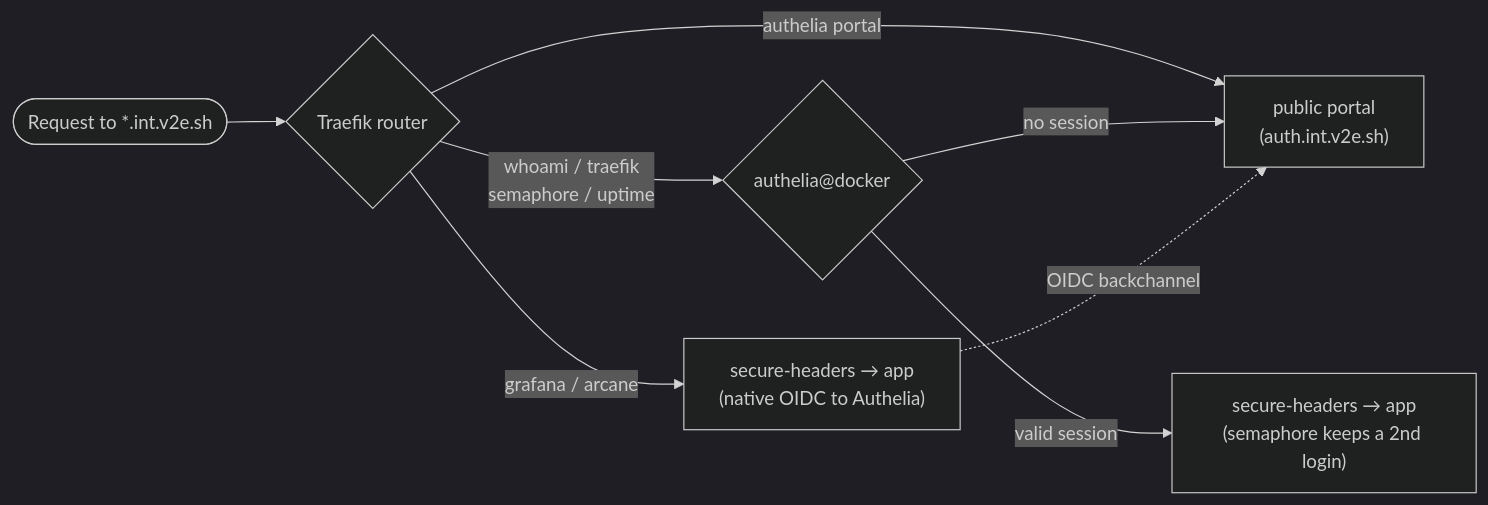
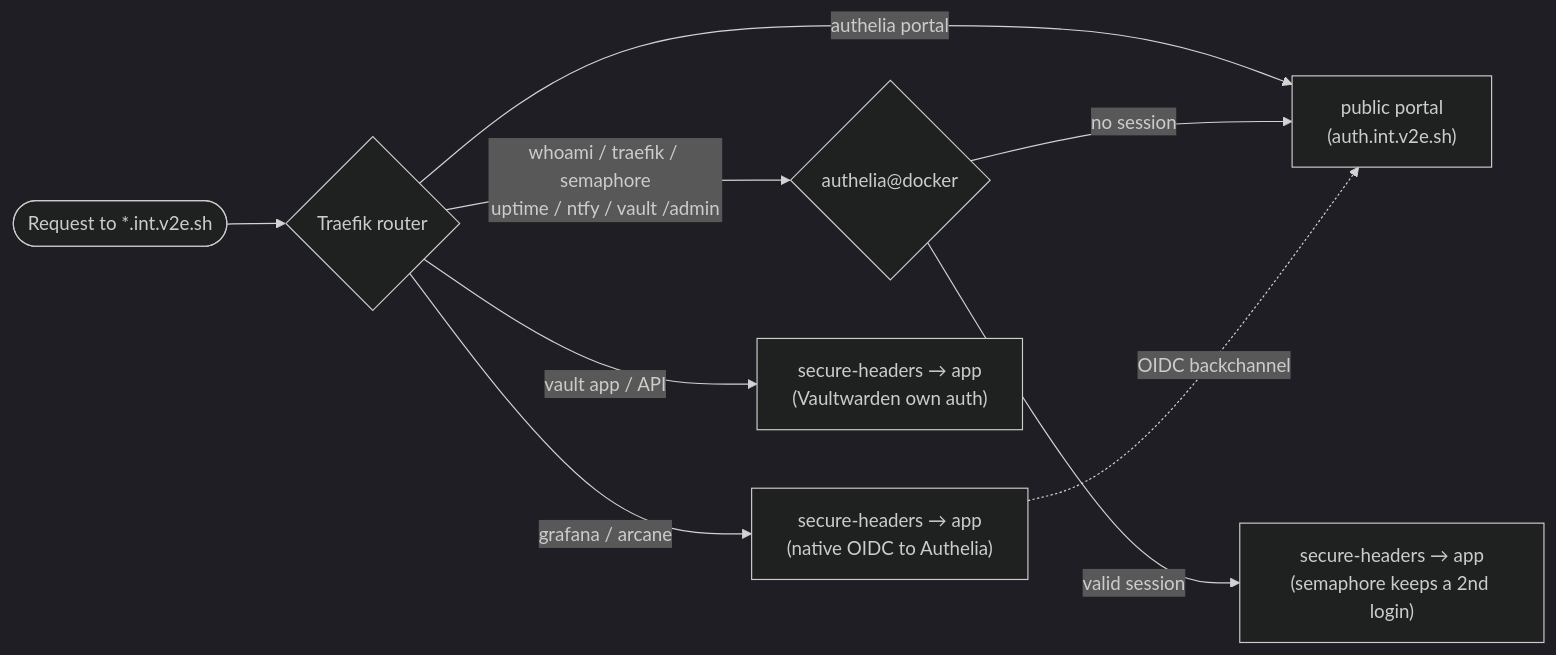
Before and after one commit to v2e-sh/v2e-docs: the second of 2 diagrams in docs/system/applications.md, drawn with Mermaid (dark theme). The commit also changed other lines of this file and 7 other files, not shown here.

Commit message:
docs: reconcile with current code (ntfy, vaultwarden, dashboard, config drift) (#25)

````diff
--- a/docs/system/applications.md
+++ b/docs/system/applications.md
@@ -251,10 +289,11 @@
 ```mermaid
 flowchart LR
     req([Request to *.int.v2e.sh]) --> t{Traefik router}
     t -->|authelia portal| portal["public portal<br/>(auth.int.v2e.sh)"]
-    t -->|"whoami / traefik<br/>semaphore / uptime"| gate{"authelia@docker"}
+    t -->|"whoami / traefik / semaphore<br/>uptime / ntfy / vault /admin"| gate{"authelia@docker"}
     gate -->|no session| portal
     gate -->|valid session| app2["secure-headers → app<br/>(semaphore keeps a 2nd login)"]
     t -->|grafana / arcane| oidc["secure-headers → app<br/>(native OIDC to Authelia)"]
+    t -->|vault app / API| split["secure-headers → app<br/>(Vaultwarden own auth)"]
     oidc -.->|OIDC backchannel| portal
 ```
````
